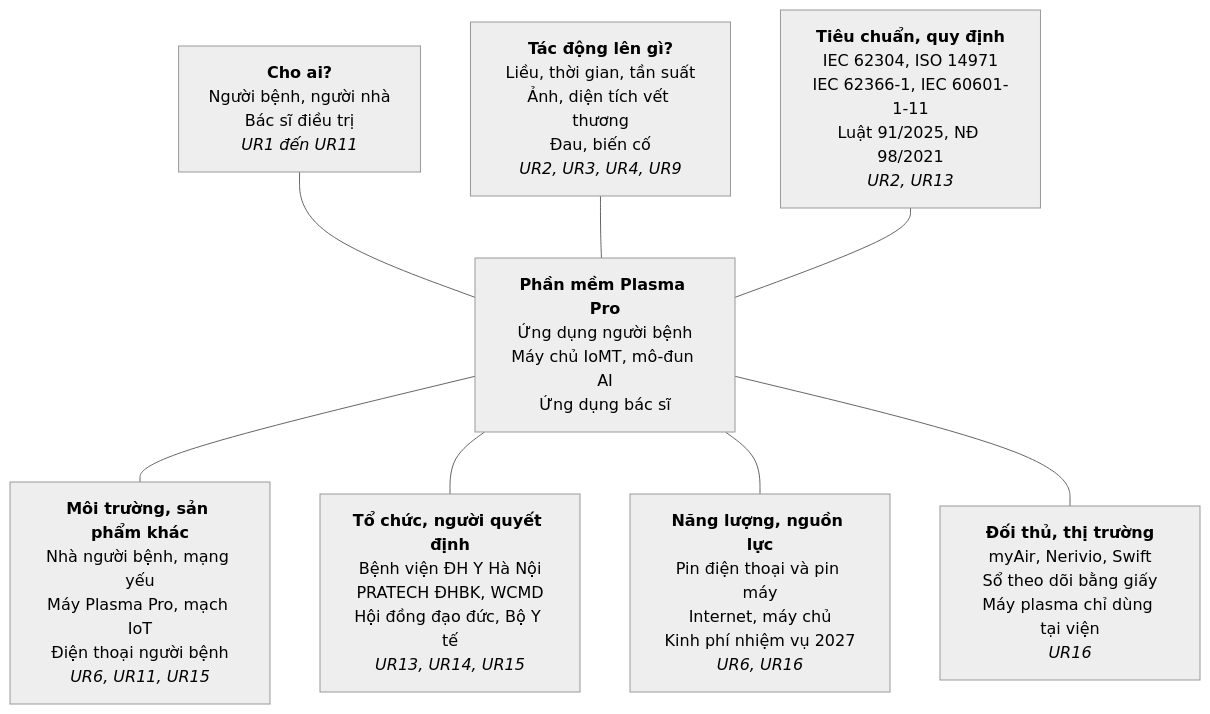
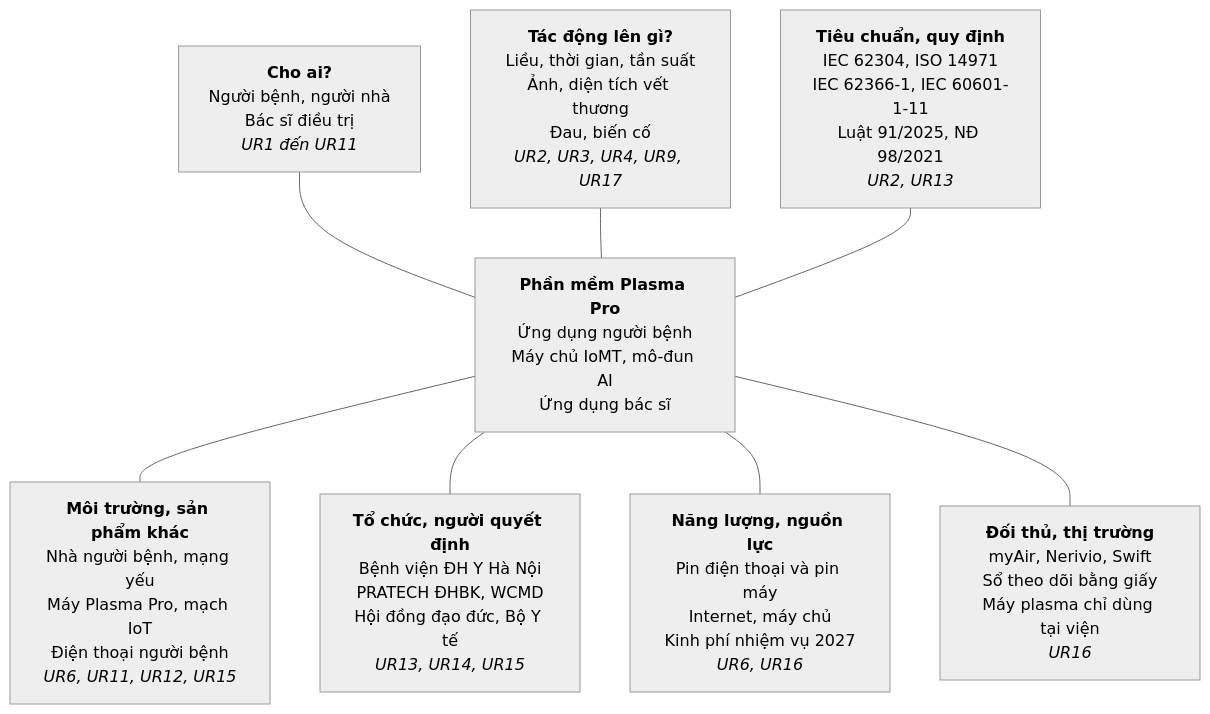
One commit to mducnguyen610/PlasmaProApp changed the diagram in docs/thiet-ke/03-nhu-cau-nguoi-dung.md. Above: the diagram before and after it, drawn with Mermaid (neutral theme). The commit also changed 19 other files, not shown here.

````diff
--- a/docs/thiet-ke/03-nhu-cau-nguoi-dung.md
+++ b/docs/thiet-ke/03-nhu-cau-nguoi-dung.md
@@ -29,18 +29,18 @@
 ```mermaid
 flowchart TB
   P["<b>Phần mềm Plasma Pro</b><br/>Ứng dụng người bệnh<br/>Máy chủ IoMT, mô-đun AI<br/>Ứng dụng bác sĩ"]
   WHO["<b>Cho ai?</b><br/>Người bệnh, người nhà<br/>Bác sĩ điều trị<br/><i>UR1 đến UR11</i>"]
-  ACT["<b>Tác động lên gì?</b><br/>Liều, thời gian, tần suất<br/>Ảnh, diện tích vết thương<br/>Đau, biến cố<br/><i>UR2, UR3, UR4, UR9</i>"]
+  ACT["<b>Tác động lên gì?</b><br/>Liều, thời gian, tần suất<br/>Ảnh, diện tích vết thương<br/>Đau, biến cố<br/><i>UR2, UR3, UR4, UR9, UR17</i>"]
   NORM["<b>Tiêu chuẩn, quy định</b><br/>IEC 62304, ISO 14971<br/>IEC 62366-1, IEC 60601-1-11<br/>Luật 91/2025, NĐ 98/2021<br/><i>UR2, UR13</i>"]
-  ENV["<b>Môi trường, sản phẩm khác</b><br/>Nhà người bệnh, mạng yếu<br/>Máy Plasma Pro, mạch IoT<br/>Điện thoại người bệnh<br/><i>UR6, UR11, UR15</i>"]
+  ENV["<b>Môi trường, sản phẩm khác</b><br/>Nhà người bệnh, mạng yếu<br/>Máy Plasma Pro, mạch IoT<br/>Điện thoại người bệnh<br/><i>UR6, UR11, UR12, UR15</i>"]
   ORG["<b>Tổ chức, người quyết định</b><br/>Bệnh viện ĐH Y Hà Nội<br/>PRATECH ĐHBK, WCMD<br/>Hội đồng đạo đức, Bộ Y tế<br/><i>UR13, UR14, UR15</i>"]
   EN["<b>Năng lượng, nguồn lực</b><br/>Pin điện thoại và pin máy<br/>Internet, máy chủ<br/>Kinh phí nhiệm vụ 2027<br/><i>UR6, UR16</i>"]
   COMP["<b>Đối thủ, thị trường</b><br/>myAir, Nerivio, Swift<br/>Sổ theo dõi bằng giấy<br/>Máy plasma chỉ dùng tại viện<br/><i>UR16</i>"]
   WHO --- P
   ACT --- P
   NORM --- P
   P --- ENV
   P --- ORG
   P --- EN
   P --- COMP
 ```
````
